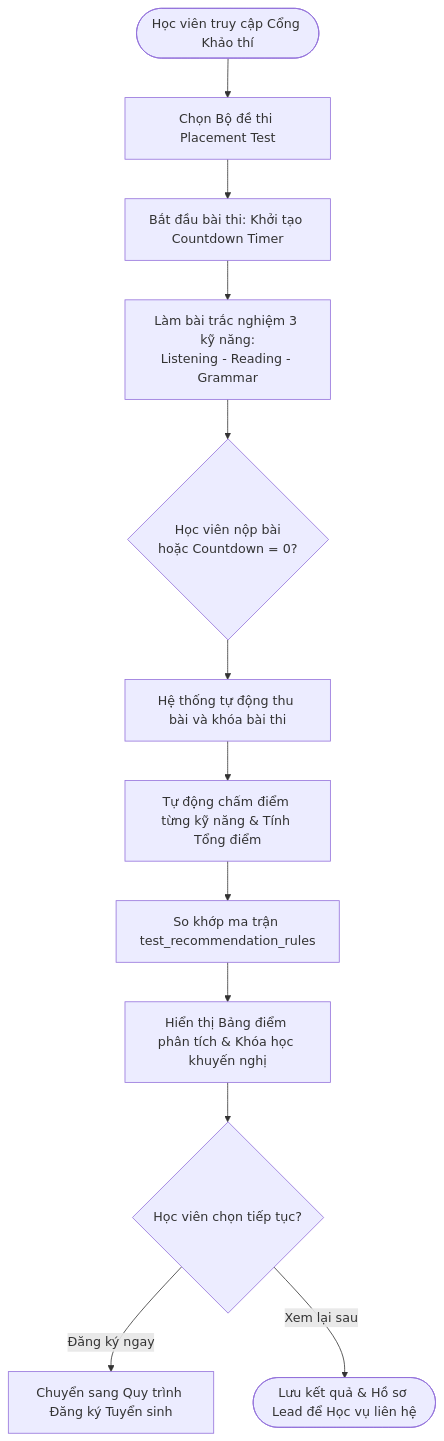
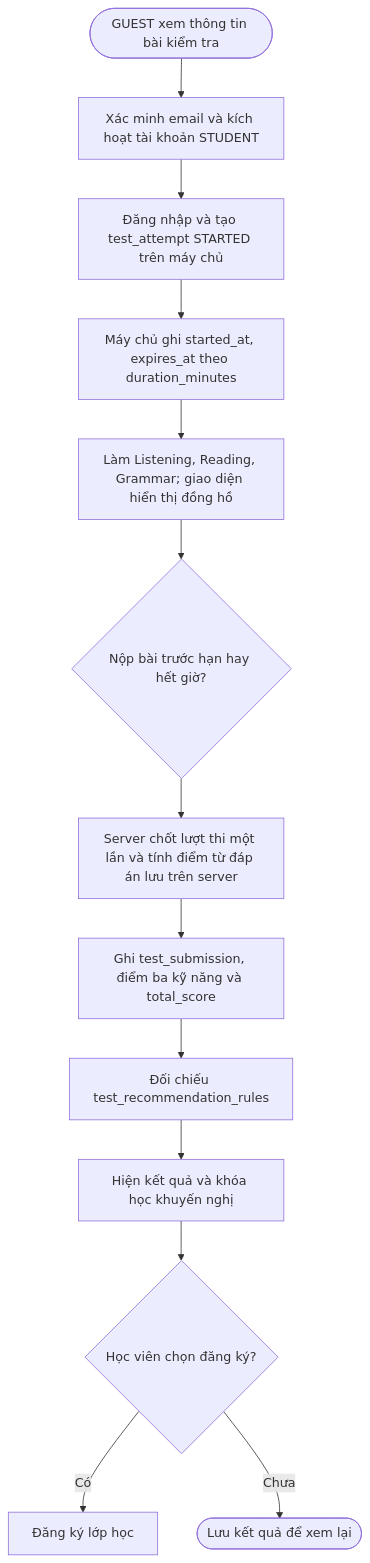
The second of 5 diagrams in services/admission/docs/admission-ba-bi-spec.md (TamDaE2k5/english_center), drawn with Mermaid before and after one commit. The commit also changed other lines of this file and 26 other files, not shown here.

````diff
--- a/services/admission/docs/admission-ba-bi-spec.md
+++ b/services/admission/docs/admission-ba-bi-spec.md
@@ -201,14 +207,15 @@
 ```mermaid
 flowchart TD
-    A([Học viên truy cập Cổng Khảo thí]) --> B[Chọn Bộ đề thi Placement Test]
-    B --> C[Bắt đầu bài thi: Khởi tạo Countdown Timer]
-    C --> D[Làm bài trắc nghiệm 3 kỹ năng:\nListening - Reading - Grammar]
-    D --> E{Học viên nộp bài\nhoặc Countdown = 0?}
-    E --> F[Hệ thống tự động thu bài và khóa bài thi]
-    F --> G[Tự động chấm điểm từng kỹ năng & Tính Tổng điểm]
-    G --> H[So khớp ma trận test_recommendation_rules]
-    H --> I[Hiển thị Bảng điểm phân tích & Khóa học khuyến nghị]
-    I --> J{Học viên chọn tiếp tục?}
-    J -- Đăng ký ngay --> K[Chuyển sang Quy trình Đăng ký Tuyển sinh]
-    J -- Xem lại sau --> L([Lưu kết quả & Hồ sơ Lead để Học vụ liên hệ])
+    A([GUEST xem thông tin bài kiểm tra]) --> B[Xác minh email và kích hoạt tài khoản STUDENT]
+    B --> C[Đăng nhập và tạo test_attempt STARTED trên máy chủ]
+    C --> D[Máy chủ ghi started_at, expires_at theo duration_minutes]
+    D --> E[Làm Listening, Reading, Grammar; giao diện hiển thị đồng hồ]
+    E --> F{Nộp bài trước hạn hay hết giờ?}
+    F --> G[Server chốt lượt thi một lần và tính điểm từ đáp án lưu trên server]
+    G --> H[Ghi test_submission, điểm ba kỹ năng và total_score]
+    H --> I[Đối chiếu test_recommendation_rules]
+    I --> J[Hiện kết quả và khóa học khuyến nghị]
+    J --> K{Học viên chọn đăng ký?}
+    K -- Có --> L[Đăng ký lớp học]
+    K -- Chưa --> M([Lưu kết quả để xem lại])
 ```
````
